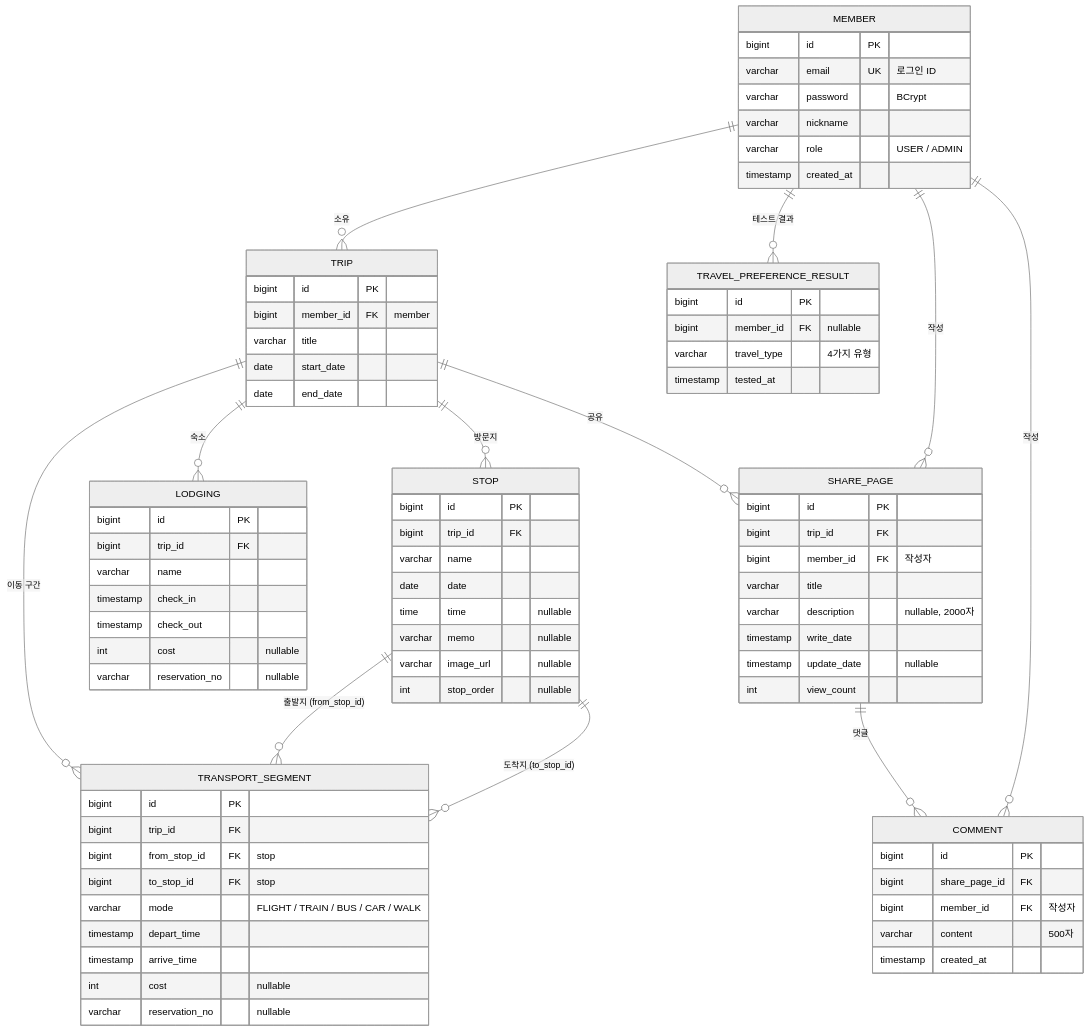
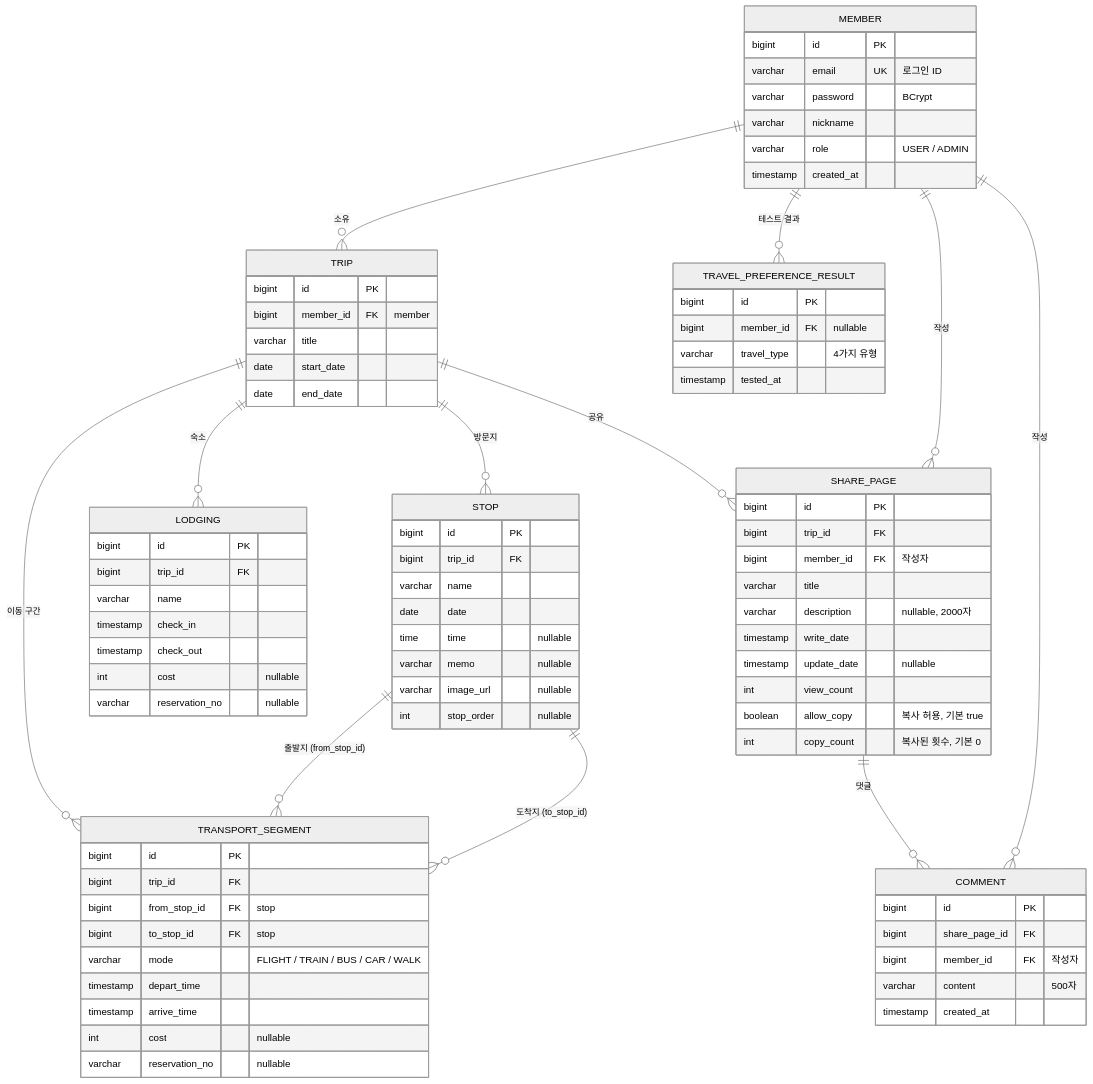
The diagram in docs/erd.md (yncteamproject/Triplan), drawn with Mermaid (neutral theme) before and after one commit. The commit also changed other lines of this file and 15 other files, not shown here.

```diff
--- a/docs/erd.md
+++ b/docs/erd.md
@@ -71,6 +71,8 @@
         timestamp write_date
         timestamp update_date "nullable"
         int view_count
+        boolean allow_copy "복사 허용, 기본 true"
+        int copy_count "복사된 횟수, 기본 0"
     }
     COMMENT {
         bigint id PK
```
